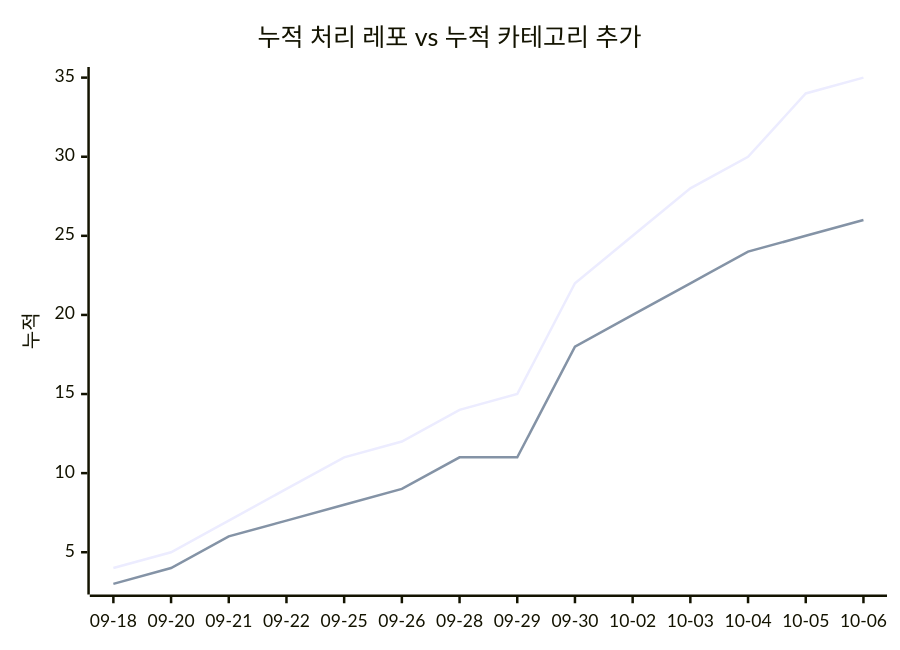
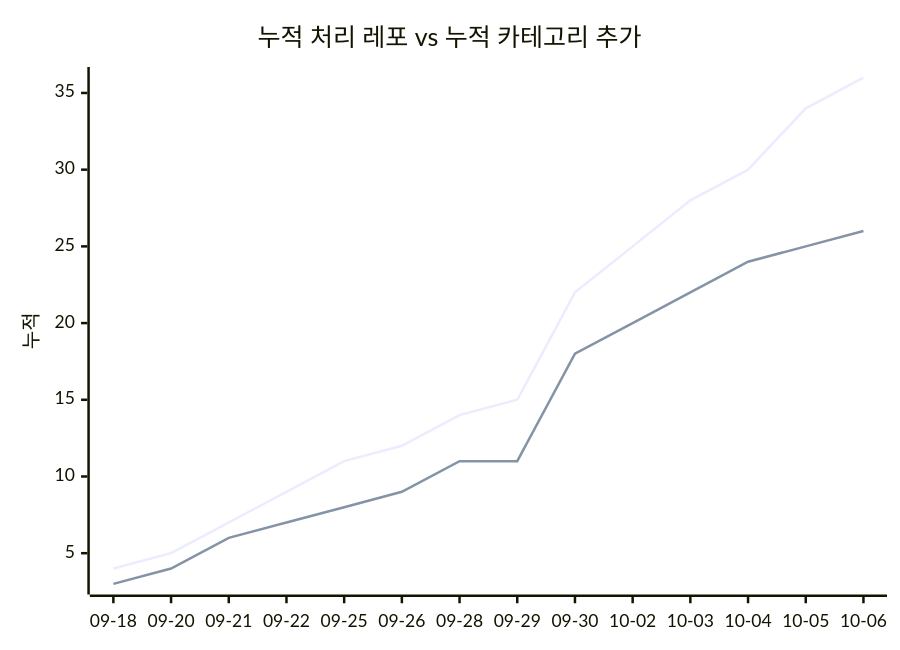
One commit to J-nowcow/awesome-korean-agent-skills changed the second of 2 diagrams in docs/trends.md. Above: the diagram before and after it, drawn with Mermaid. The commit also changed other lines of this file and 2 other files, not shown here.

````diff
--- a/docs/trends.md
+++ b/docs/trends.md
@@ -68,8 +68,8 @@
 ```mermaid
 xychart-beta
     title "누적 처리 레포 vs 누적 카테고리 추가"
     x-axis ["09-18","09-20","09-21","09-22","09-25","09-26","09-28","09-29","09-30","10-02","10-03","10-04","10-05","10-06"]
     y-axis "누적"
-    line [4,5,7,9,11,12,14,15,22,25,28,30,34,35]
+    line [4,5,7,9,11,12,14,15,22,25,28,30,34,36]
     line [3,4,6,7,8,9,11,11,18,20,22,24,25,26]
 ```
````
